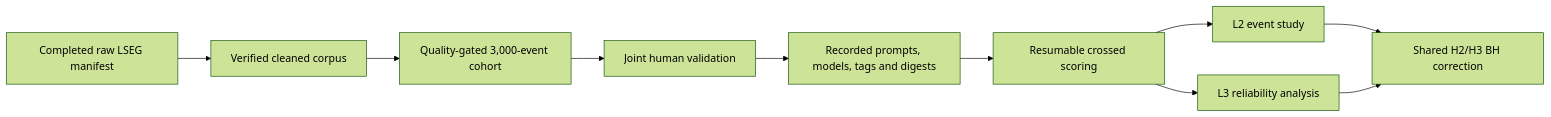
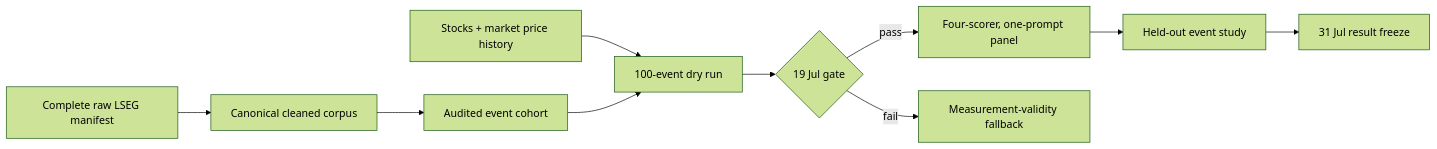
The diagram in docs/lseg_analysis_workflow.md (PeterLP123/Sentiment_Dissertation), drawn with Mermaid (forest theme) before and after one commit. The commit also changed other lines of this file and 6 other files, not shown here.

````diff
--- a/docs/lseg_analysis_workflow.md
+++ b/docs/lseg_analysis_workflow.md
@@ -13,12 +13,12 @@
 ```mermaid
 flowchart LR
-    R["Completed raw LSEG manifest"] --> C["Verified cleaned corpus"]
-    C --> Q["Quality-gated 3,000-event cohort"]
-    Q --> V["Joint human validation"]
-    V --> F["Recorded prompts, models, tags and digests"]
-    F --> S["Resumable crossed scoring"]
-    S --> L2["L2 event study"]
-    S --> L3["L3 reliability analysis"]
-    L2 --> BH["Shared H2/H3 BH correction"]
-    L3 --> BH
+    R["Complete raw LSEG manifest"] --> C["Canonical cleaned corpus"]
+    C --> Q["Audited event cohort"]
+    P["Stocks + market price history"] --> DR["100-event dry run"]
+    Q --> DR
+    DR --> G{"19 Jul gate"}
+    G -->|pass| S["Four-scorer, one-prompt panel"]
+    S --> E["Held-out event study"]
+    E --> F["31 Jul result freeze"]
+    G -->|fail| FB["Measurement-validity fallback"]
 ```
````
